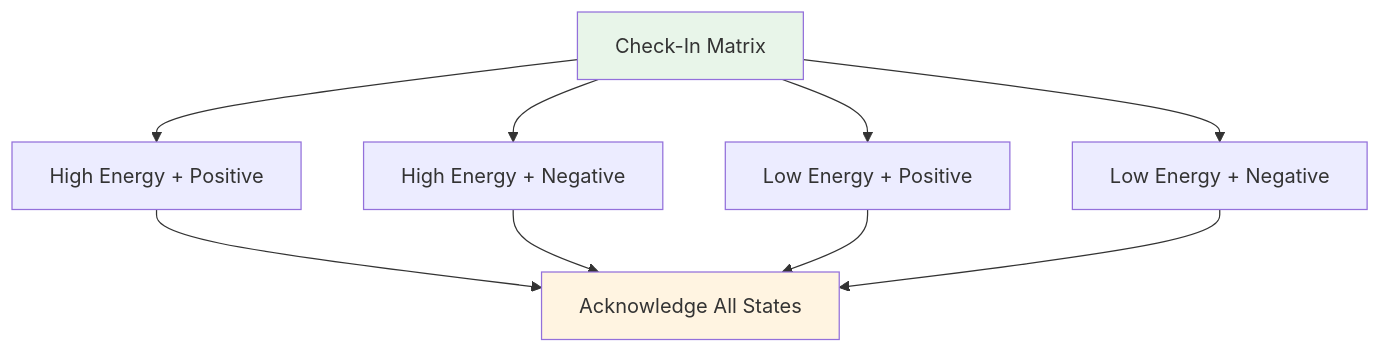
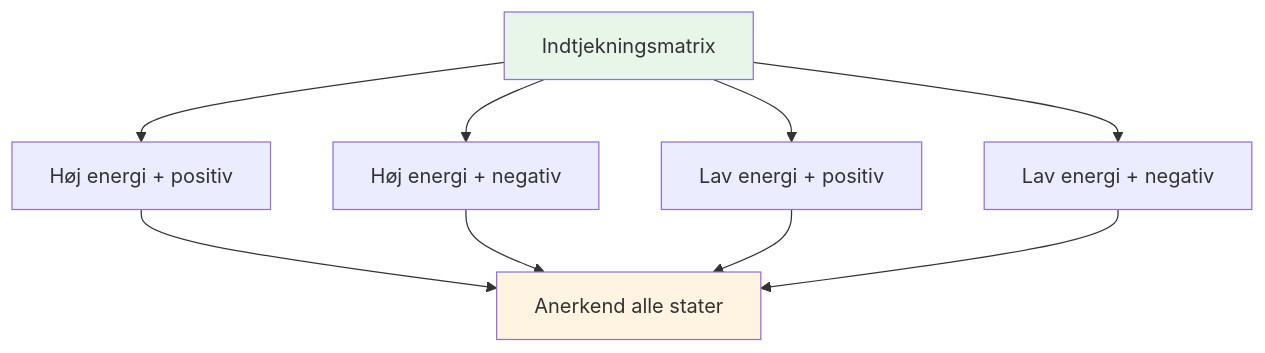
One commit to patwii/petanque-academy changed the third of 4 diagrams in docs/da/workshop.md. Above: the diagram before and after it, drawn with Mermaid. The commit also changed other lines of this file and 532 other files, not shown here.

````diff
--- a/docs/da/workshop.md
+++ b/docs/da/workshop.md
@@ -132,15 +260,15 @@
 ```mermaid
 graph TD
-    A[Check-In Matrix] --> B[High Energy + Positive]
-    A --> C[High Energy + Negative]
-    A --> D[Low Energy + Positive]
-    A --> E[Low Energy + Negative]
+    A[Indtjekningsmatrix] --> B[Høj energi + positiv]
+    A --> C[Høj energi + negativ]
+    A --> D[Lav energi + positiv]
+    A --> E[Lav energi + negativ]
 
-    B --> F[Acknowledge All States]
+    B --> F[Anerkend alle stater]
     C --> F
     D --> F
     E --> F
 
     style A fill:#e8f5e9
     style F fill:#fff4e1
 ```
````
